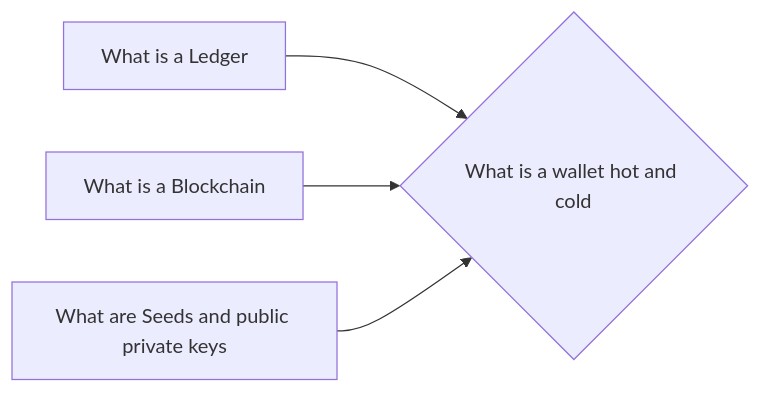
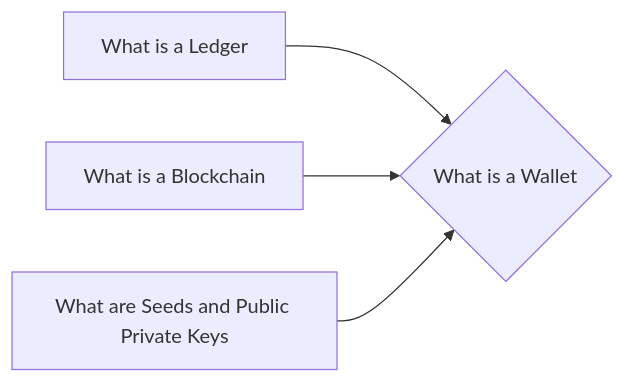
The diagram in notes/What_is_a_Wallet.md (lpurdy01/crypto-knowledge-map), drawn with Mermaid before and after one commit. The commit also changed 50 other files, not shown here.

````diff
--- a/notes/What_is_a_Wallet.md
+++ b/notes/What_is_a_Wallet.md
@@ -12,6 +12,6 @@
 ```mermaid
 graph LR
-1["What is a Ledger"]-->0{"What is a wallet hot and cold"}
-2["What is a Blockchain"]-->0{"What is a wallet hot and cold"}
-3["What are Seeds and public private keys"]-->0{"What is a wallet hot and cold"}
+1["What is a Ledger"]-->0{"What is a Wallet"}
+2["What is a Blockchain"]-->0{"What is a Wallet"}
+3["What are Seeds and Public Private Keys"]-->0{"What is a Wallet"}
 ```
````
